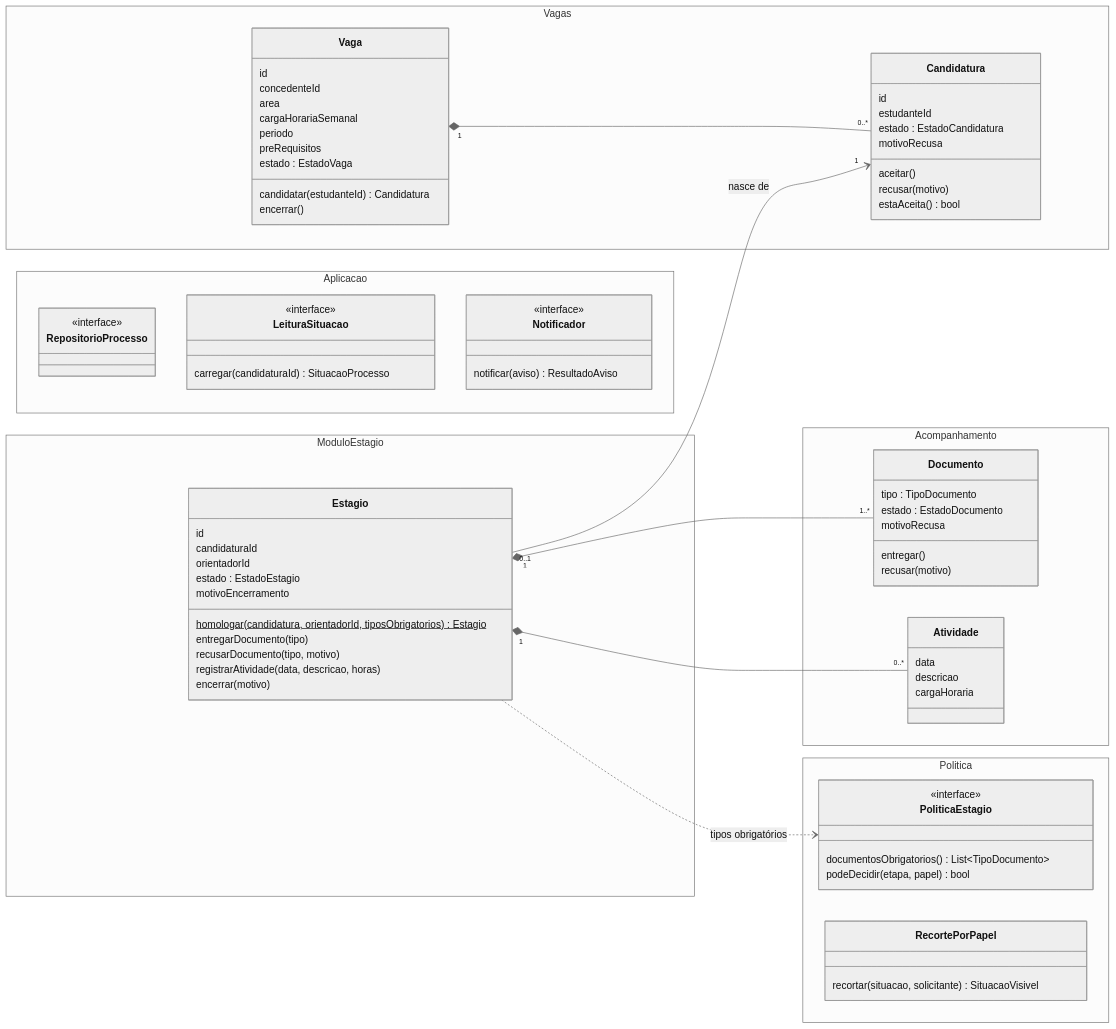
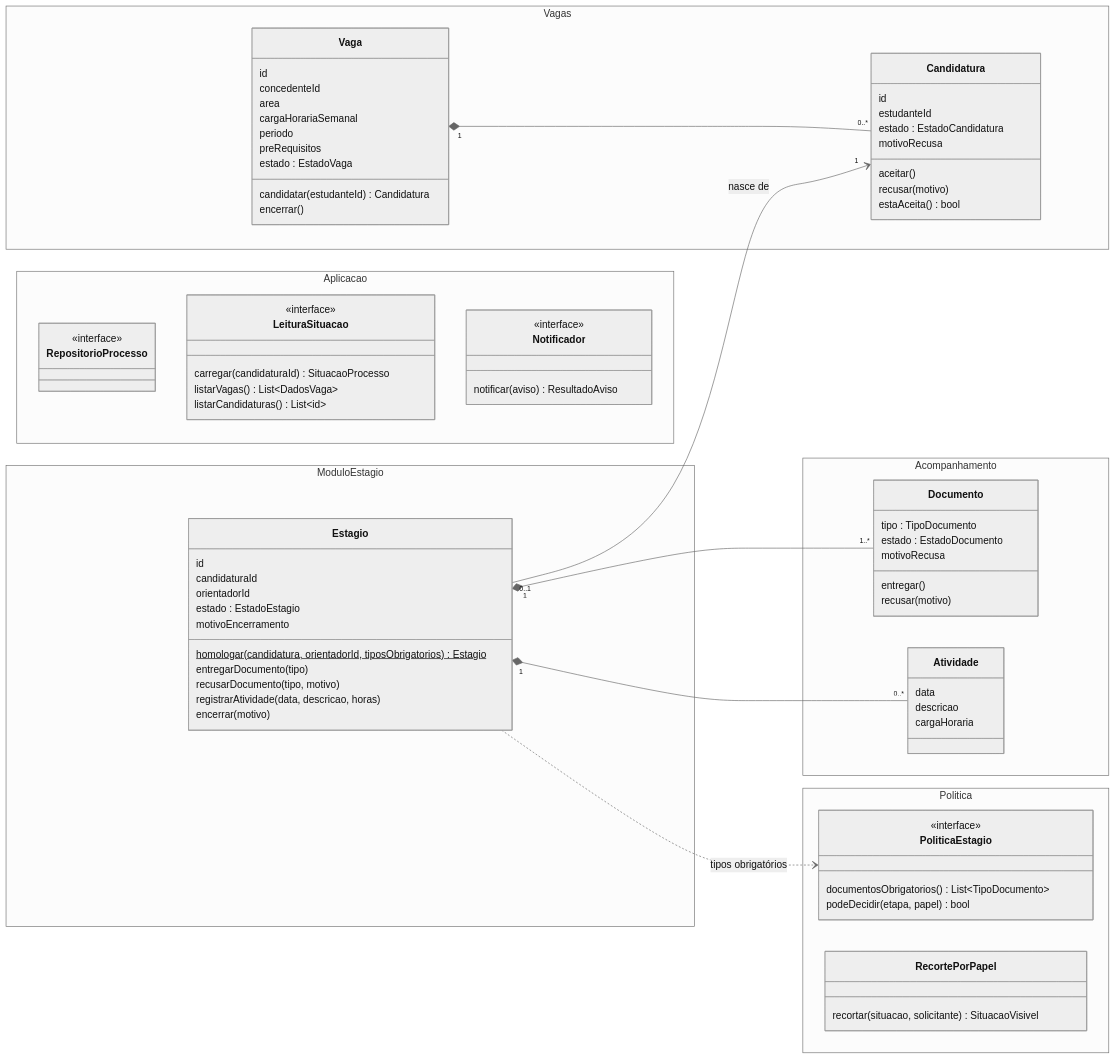
The diagram in docs/modelo-dominio.md (sofiawl/SoftwareDesign), drawn with Mermaid (neutral theme) before and after one commit. The commit also changed other lines of this file, not shown here.

```diff
--- a/docs/modelo-dominio.md
+++ b/docs/modelo-dominio.md
@@ -79,6 +79,8 @@
         class LeituraSituacao {
             <<interface>>
             carregar(candidaturaId) SituacaoProcesso
+            listarVagas() List~DadosVaga~
+            listarCandidaturas() List~id~
         }
         class Notificador {
             <<interface>>
```
